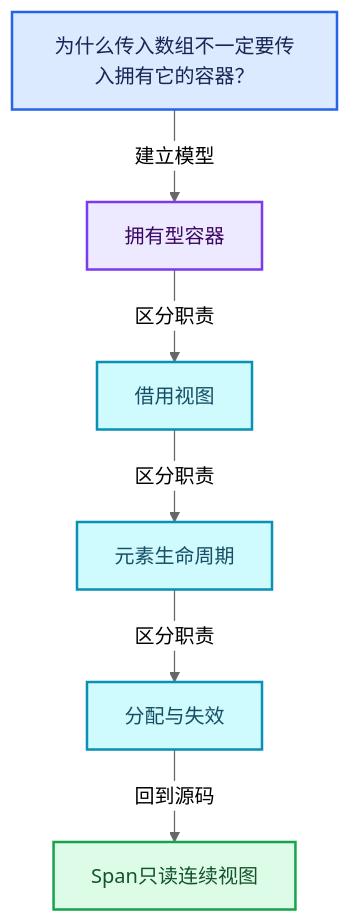
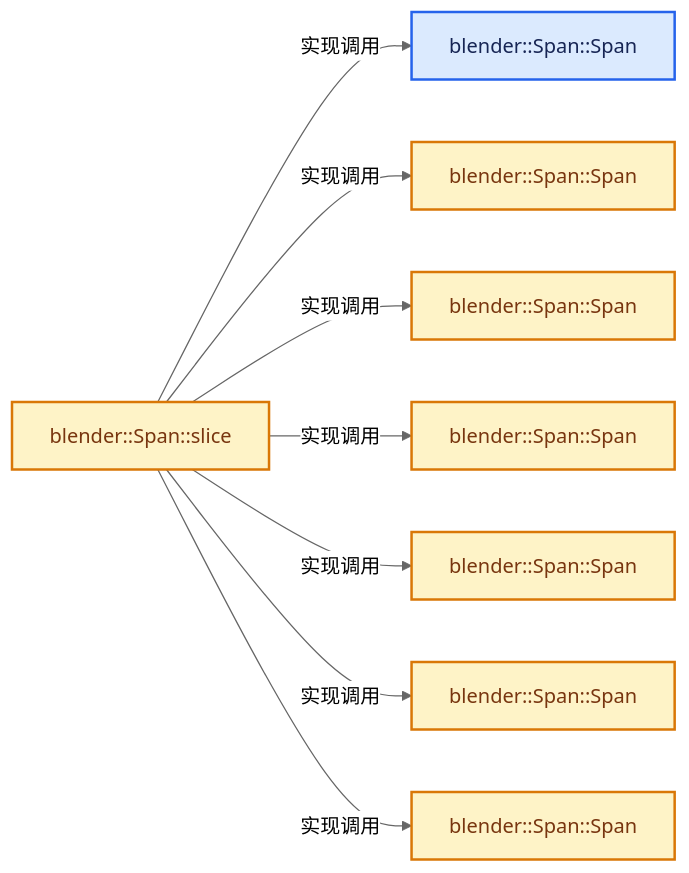
The second of 4 diagrams in 杂/markdown/全面学习-codex/01-基础容器与现代CPP/05-Span只读连续视图.md (yunkezengren/blender-.vscode), drawn with Mermaid (neutral theme) before and after one commit. The commit also changed other lines of this file and 1930 other files, not shown here.

````diff
--- a/杂/markdown/全面学习-codex/01-基础容器与现代CPP/05-Span只读连续视图.md
+++ b/杂/markdown/全面学习-codex/01-基础容器与现代CPP/05-Span只读连续视图.md
@@ -60,20 +46,24 @@
 ```mermaid
-flowchart TB
-  Q["为什么传入数组不一定要传入拥有它的容器？"]:::input
-  C0["拥有型容器"]:::abstraction
-  C1["借用视图"]:::data
-  C2["元素生命周期"]:::data
-  C3["分配与失效"]:::data
-  R["Span只读连续视图"]:::result
-  Q -->|"建立模型"| C0
-  C0 -->|"区分职责"| C1
-  C1 -->|"区分职责"| C2
-  C2 -->|"区分职责"| C3
-  C3 -->|"回到源码"| R
+flowchart LR
+  F0["blender::Span::Span"]:::input
+  F1["blender::Span::Span"]:::compute
+  F2["blender::Span::Span"]:::compute
+  F3["blender::Span::Span"]:::compute
+  F4["blender::Span::Span"]:::compute
+  F5["blender::Span::Span"]:::compute
+  F6["blender::Span::Span"]:::compute
+  F7["blender::Span::slice"]:::compute
+  F7 -->|"实现调用"| F0
+  F7 -->|"实现调用"| F1
+  F7 -->|"实现调用"| F2
+  F7 -->|"实现调用"| F3
+  F7 -->|"实现调用"| F4
+  F7 -->|"实现调用"| F5
+  F7 -->|"实现调用"| F6
   classDef input fill:#DBEAFE,stroke:#2563EB,color:#172554,stroke-width:2px;
   classDef data fill:#CFFAFE,stroke:#0891B2,color:#164E63,stroke-width:2px;
   classDef abstraction fill:#EDE9FE,stroke:#7C3AED,color:#3B0764,stroke-width:2px;
   classDef compute fill:#FEF3C7,stroke:#D97706,color:#78350F,stroke-width:2px;
   classDef result fill:#DCFCE7,stroke:#16A34A,color:#14532D,stroke-width:2px;
   classDef error fill:#FEE2E2,stroke:#DC2626,color:#7F1D1D,stroke-width:2px;
 ```
````
